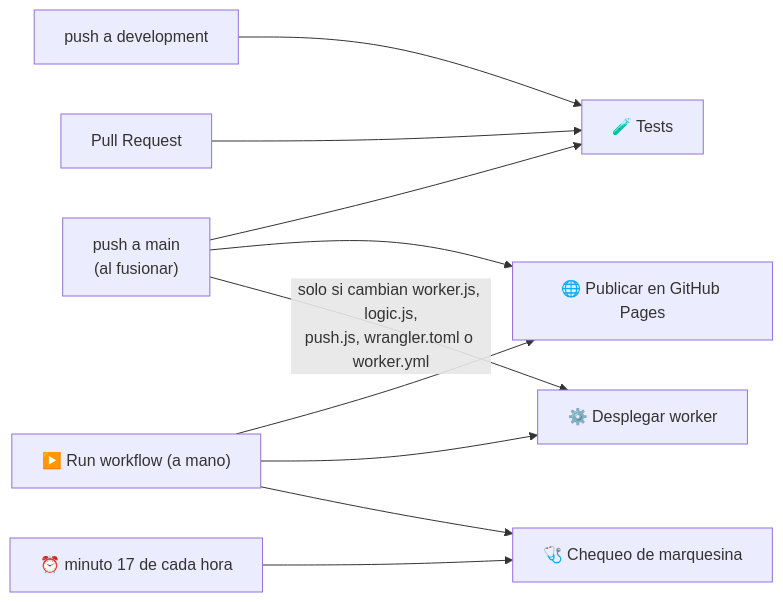
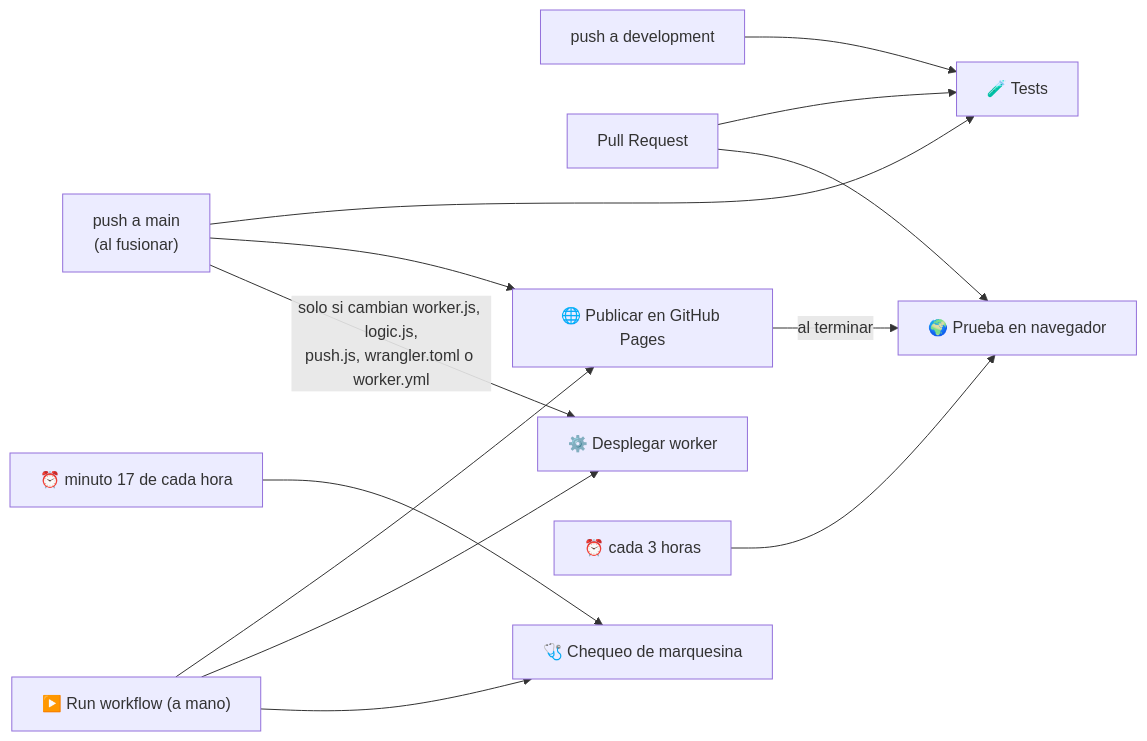
Before and after one commit to serbenda/marquesina: diagram 29 of 33 in docs/REFERENCIA.md, drawn with Mermaid. The commit also changed other lines of this file and 9 other files, not shown here.

Commit message:
Documenta la prueba en navegador, los tiempos del chequeo, compartir por enlace y el aviso de búsqueda

````diff
--- a/docs/REFERENCIA.md
+++ b/docs/REFERENCIA.md
@@ -795,12 +827,15 @@
 ```mermaid
 flowchart LR
   PUSHD["push a development"] --> T["🧪 Tests"]
   PR["Pull Request"] --> T
   PUSHM["push a main<br/>(al fusionar)"] --> T
   PUSHM --> P["🌐 Publicar en GitHub Pages"]
   PUSHM -- "solo si cambian worker.js, logic.js,<br/>push.js, wrangler.toml o worker.yml" --> W["⚙️ Desplegar worker"]
   CRON["⏰ minuto 17 de cada hora"] --> H["🩺 Chequeo de marquesina"]
+  PR --> E["🌍 Prueba en navegador"]
+  P -- "al terminar" --> E
+  CRON3["⏰ cada 3 horas"] --> E
   MAN["▶️ Run workflow (a mano)"] --> P
   MAN --> W
   MAN --> H
 ```
````
